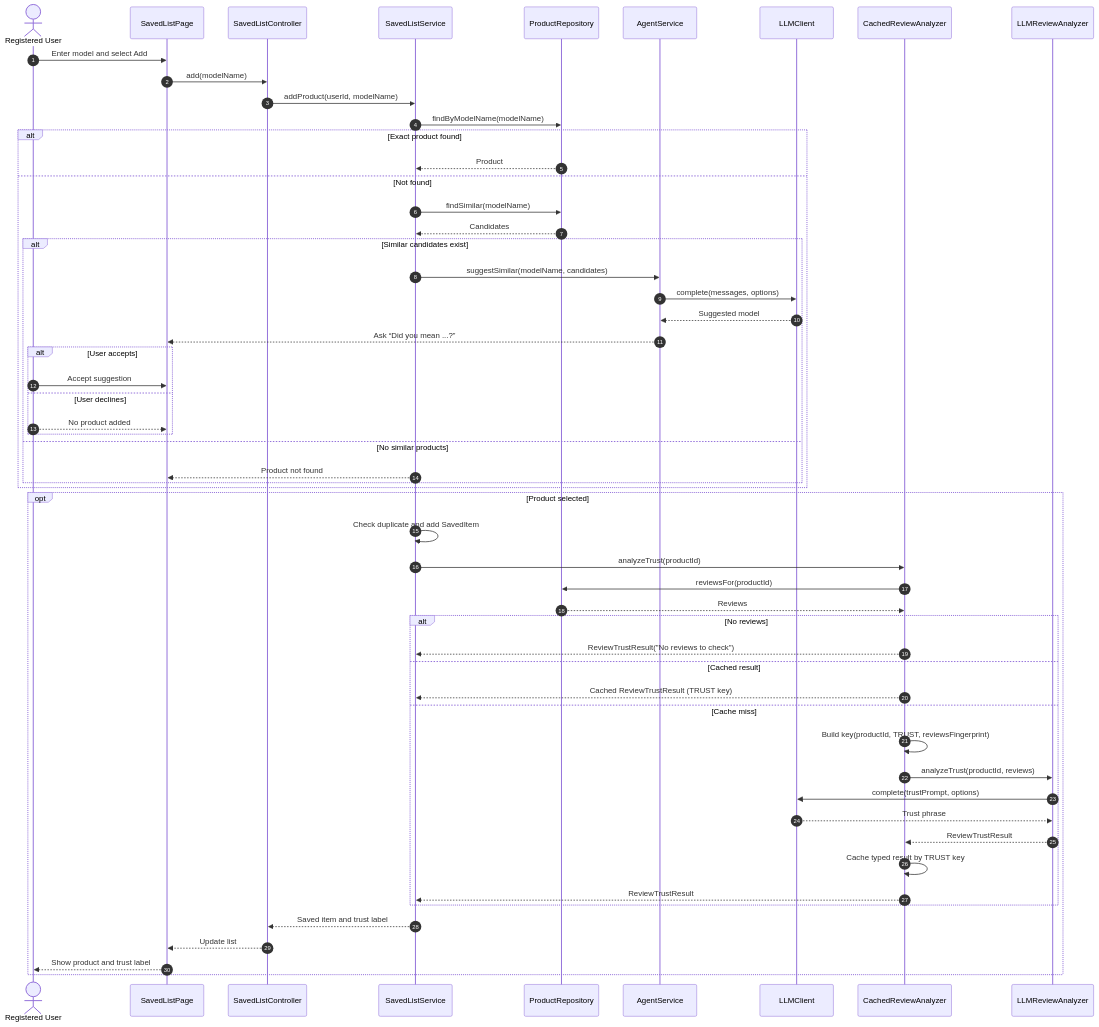
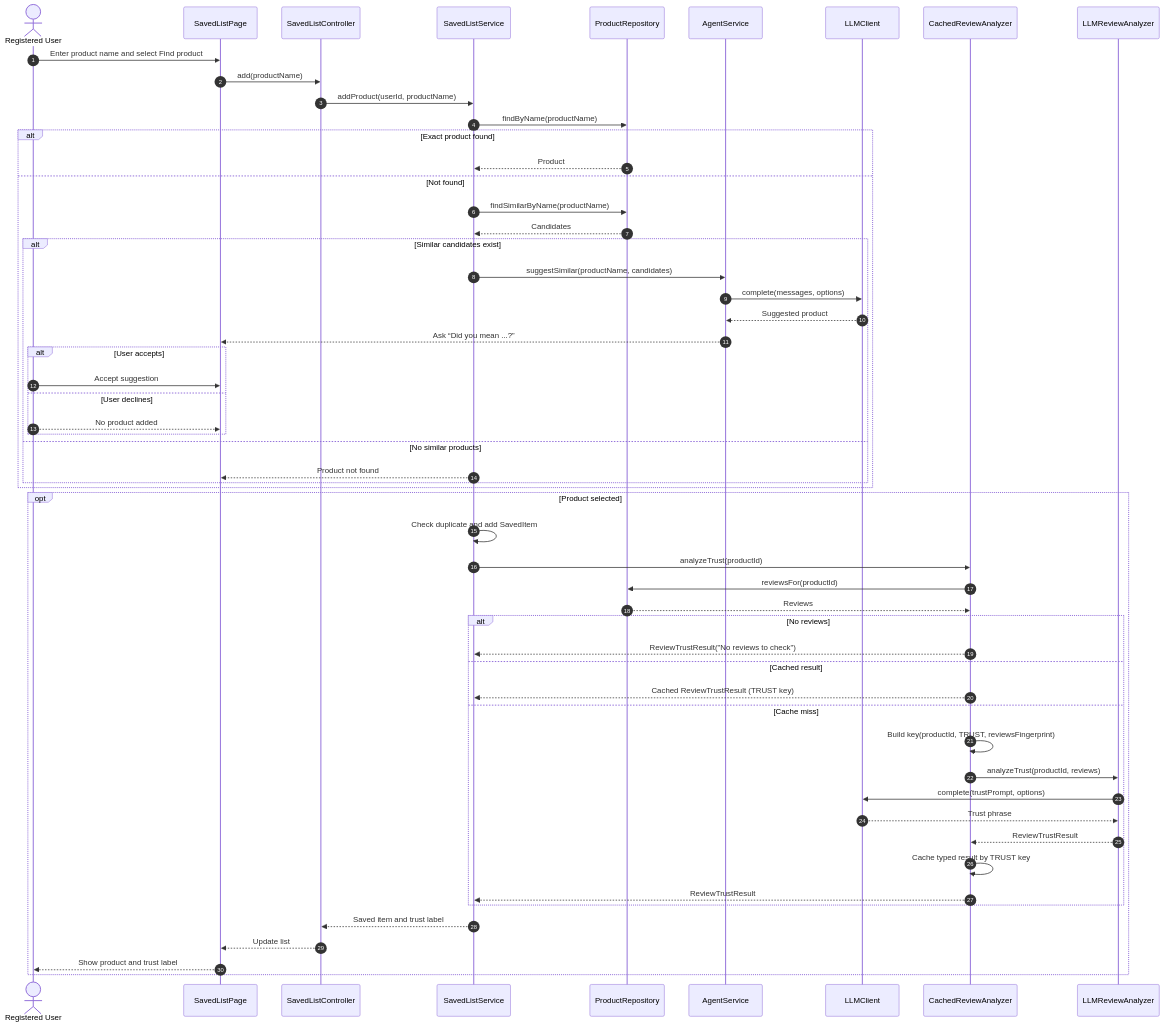
One commit to jordantran092/AI-Agent-App-Product-Finder changed the sixth of 12 diagrams in docs/design.md. Above: the diagram before and after it, drawn with Mermaid. The commit also changed other lines of this file and 23 other files, not shown here.

````diff
--- a/docs/design.md
+++ b/docs/design.md
@@ -1518,58 +1522,58 @@
 ```mermaid
 sequenceDiagram
     autonumber
     actor User as Registered User
     participant UI as SavedListPage
     participant C as SavedListController
     participant S as SavedListService
     participant R as ProductRepository
     participant A as AgentService
     participant L as LLMClient
     participant Proxy as CachedReviewAnalyzer
     participant Real as LLMReviewAnalyzer
-    User->>UI: Enter model and select Add
-    UI->>C: add(modelName)
-    C->>S: addProduct(userId, modelName)
-    S->>R: findByModelName(modelName)
+    User->>UI: Enter product name and select Find product
+    UI->>C: add(productName)
+    C->>S: addProduct(userId, productName)
+    S->>R: findByName(productName)
     alt Exact product found
         R-->>S: Product
     else Not found
-        S->>R: findSimilar(modelName)
+        S->>R: findSimilarByName(productName)
         R-->>S: Candidates
         alt Similar candidates exist
-            S->>A: suggestSimilar(modelName, candidates)
+            S->>A: suggestSimilar(productName, candidates)
             A->>L: complete(messages, options)
-            L-->>A: Suggested model
+            L-->>A: Suggested product
             A-->>UI: Ask “Did you mean ...?”
             alt User accepts
                 User->>UI: Accept suggestion
             else User declines
                 User-->>UI: No product added
             end
         else No similar products
             S-->>UI: Product not found
         end
     end
     opt Product selected
         S->>S: Check duplicate and add SavedItem
         S->>Proxy: analyzeTrust(productId)
         Proxy->>R: reviewsFor(productId)
         R-->>Proxy: Reviews
         alt No reviews
             Proxy-->>S: ReviewTrustResult("No reviews to check")
         else Cached result
             Proxy-->>S: Cached ReviewTrustResult (TRUST key)
         else Cache miss
             Proxy->>Proxy: Build key(productId, TRUST, reviewsFingerprint)
             Proxy->>Real: analyzeTrust(productId, reviews)
             Real->>L: complete(trustPrompt, options)
             L-->>Real: Trust phrase
             Real-->>Proxy: ReviewTrustResult
             Proxy->>Proxy: Cache typed result by TRUST key
             Proxy-->>S: ReviewTrustResult
         end
         S-->>C: Saved item and trust label
         C-->>UI: Update list
         UI-->>User: Show product and trust label
     end
 ```
````
